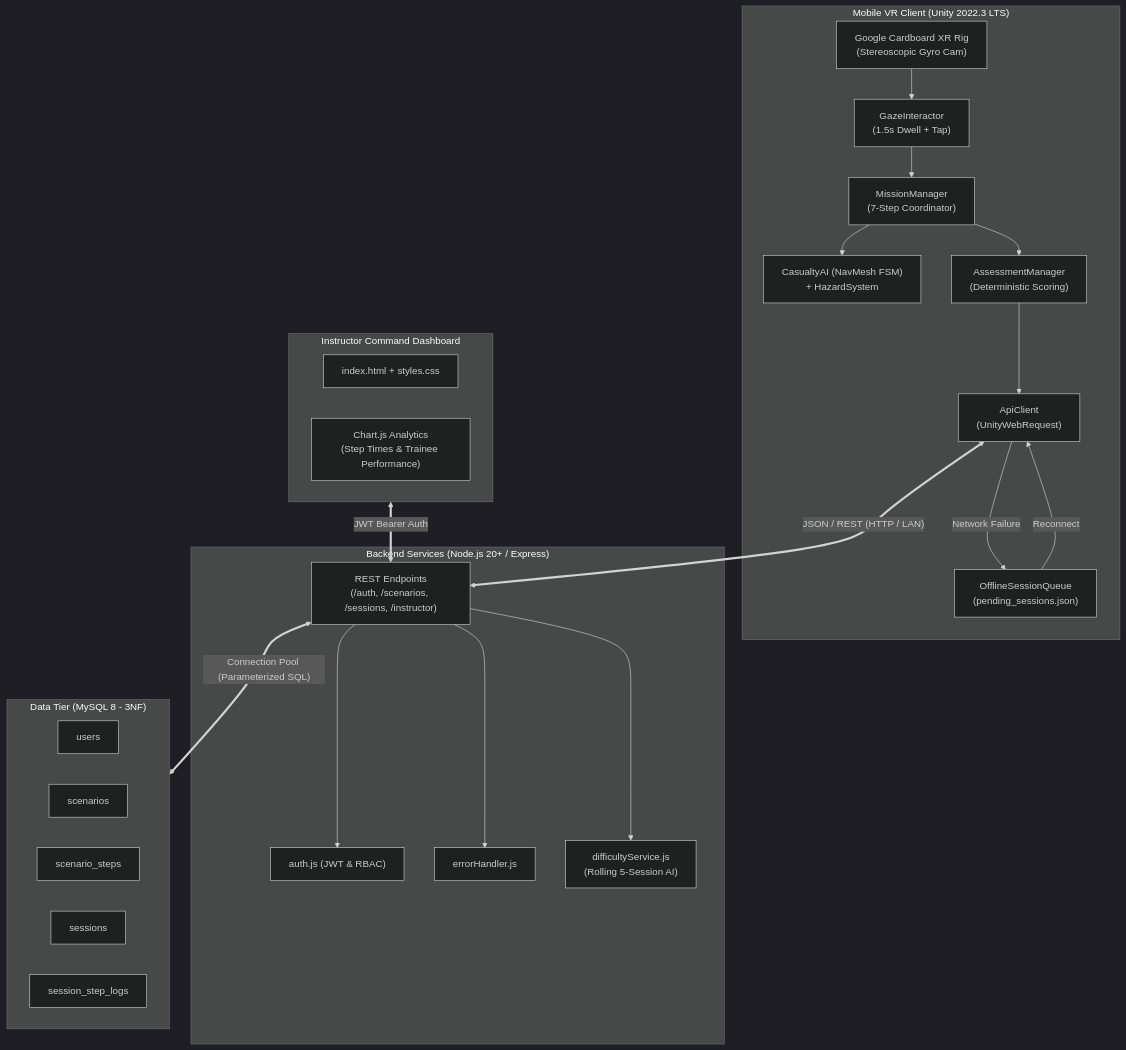
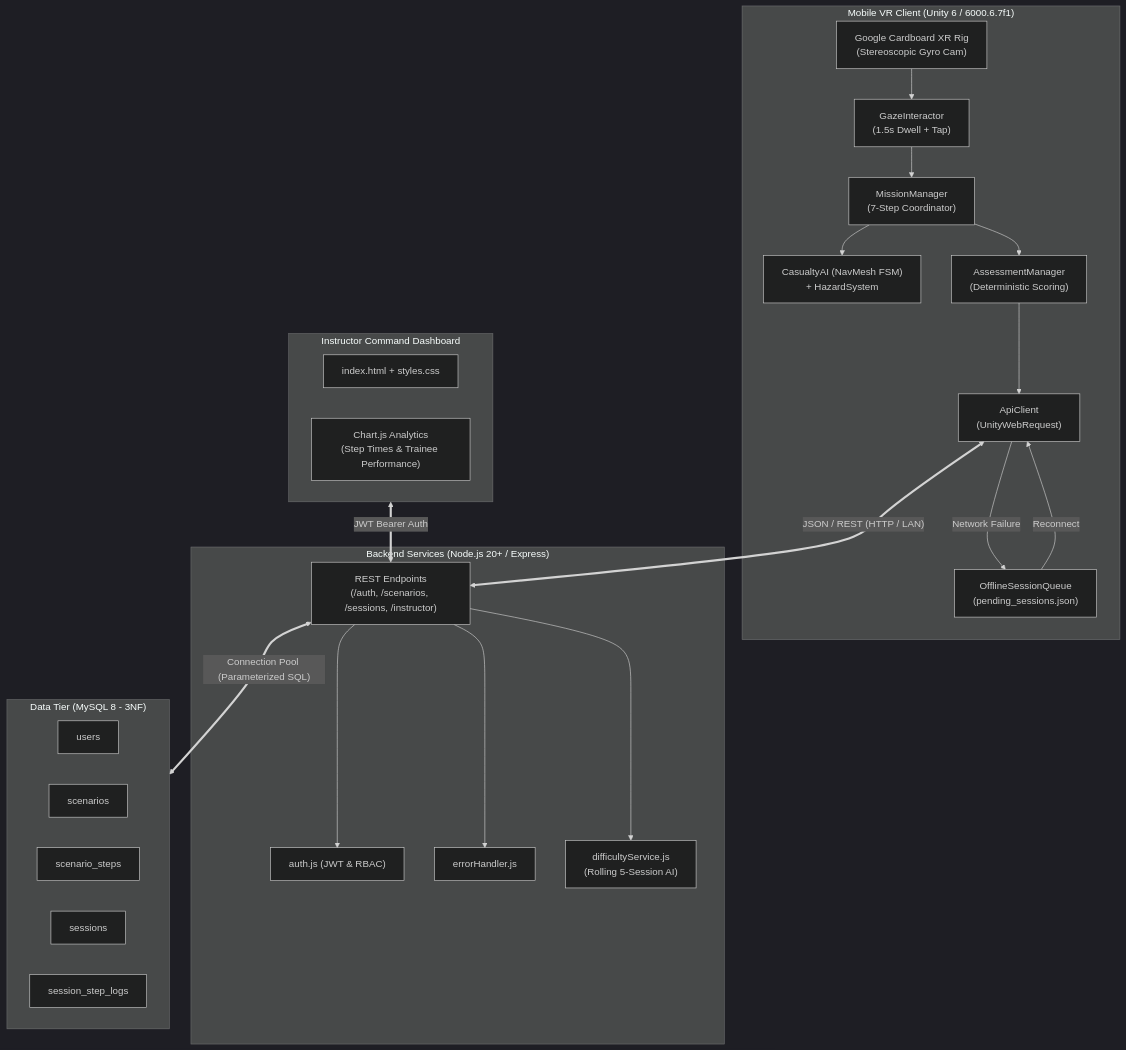
The first of 6 diagrams in README.md (hackerrorwottt/DrillVR), drawn with Mermaid (dark theme) before and after one commit. The commit also changed other lines of this file, not shown here.

Commit message:
docs: update Unity editor version references to Unity 6 (6000.6.7f1)

````diff
--- a/README.md
+++ b/README.md
@@ -116,46 +116,46 @@
 ```mermaid
 flowchart TB
-    subgraph MobileClient ["Mobile VR Client (Unity 2022.3 LTS)"]
+    subgraph MobileClient ["Mobile VR Client (Unity 6 / 6000.6.7f1)"]
         XR["Google Cardboard XR Rig\n(Stereoscopic Gyro Cam)"]
         GI["GazeInteractor\n(1.5s Dwell + Tap)"]
         MM["MissionManager\n(7-Step Coordinator)"]
         AI["CasualtyAI (NavMesh FSM)\n+ HazardSystem"]
         AM["AssessmentManager\n(Deterministic Scoring)"]
         Queue["OfflineSessionQueue\n(pending_sessions.json)"]
         Client["ApiClient\n(UnityWebRequest)"]
     end
 
     subgraph BackendAPI ["Backend Services (Node.js 20+ / Express)"]
         AuthMid["auth.js (JWT & RBAC)"]
         ErrMid["errorHandler.js"]
         DiffSvc["difficultyService.js\n(Rolling 5-Session AI)"]
         Routes["REST Endpoints\n(/auth, /scenarios, /sessions, /instructor)"]
     end
 
     subgraph DatabaseLayer ["Data Tier (MySQL 8 - 3NF)"]
         T1["users"]
         T2["scenarios"]
         T3["scenario_steps"]
         T4["sessions"]
         T5["session_step_logs"]
     end
 
     subgraph InstructorDashboard ["Instructor Command Dashboard"]
         WebUI["index.html + styles.css"]
         Charts["Chart.js Analytics\n(Step Times & Trainee Performance)"]
     end
 
     XR --> GI
     GI --> MM
     MM --> AI
     MM --> AM
     AM --> Client
     Client -- "Network Failure" --> Queue
     Queue -- "Reconnect" --> Client
     Client <== "JSON / REST (HTTP / LAN)" ==> Routes
     Routes --> AuthMid
     Routes --> DiffSvc
     Routes --> ErrMid
     Routes <== "Connection Pool (Parameterized SQL)" ==> DatabaseLayer
     InstructorDashboard <== "JWT Bearer Auth" ==> Routes
 ```
````
